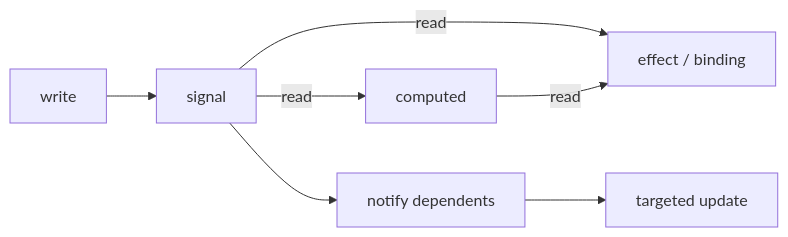
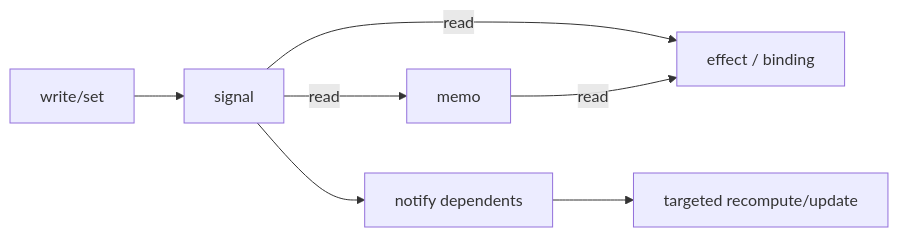
Before and after one commit to Mustafa1998-tech/MSF-Fusion: the diagram in docs/guide/reactivity.md, drawn with Mermaid. The commit also changed other lines of this file and 37 other files, not shown here.

````diff
--- a/docs/guide/reactivity.md
+++ b/docs/guide/reactivity.md
@@ -9,9 +56,9 @@
 ```mermaid
 graph LR
-  S[signal] -->|read| C[computed]
+  S[signal] -->|read| M[memo]
   S -->|read| E[effect / binding]
-  C -->|read| E
-  W[write] --> S
+  M -->|read| E
+  W[write/set] --> S
   S --> N[notify dependents]
-  N --> U[targeted update]
+  N --> U[targeted recompute/update]
 ```
````
